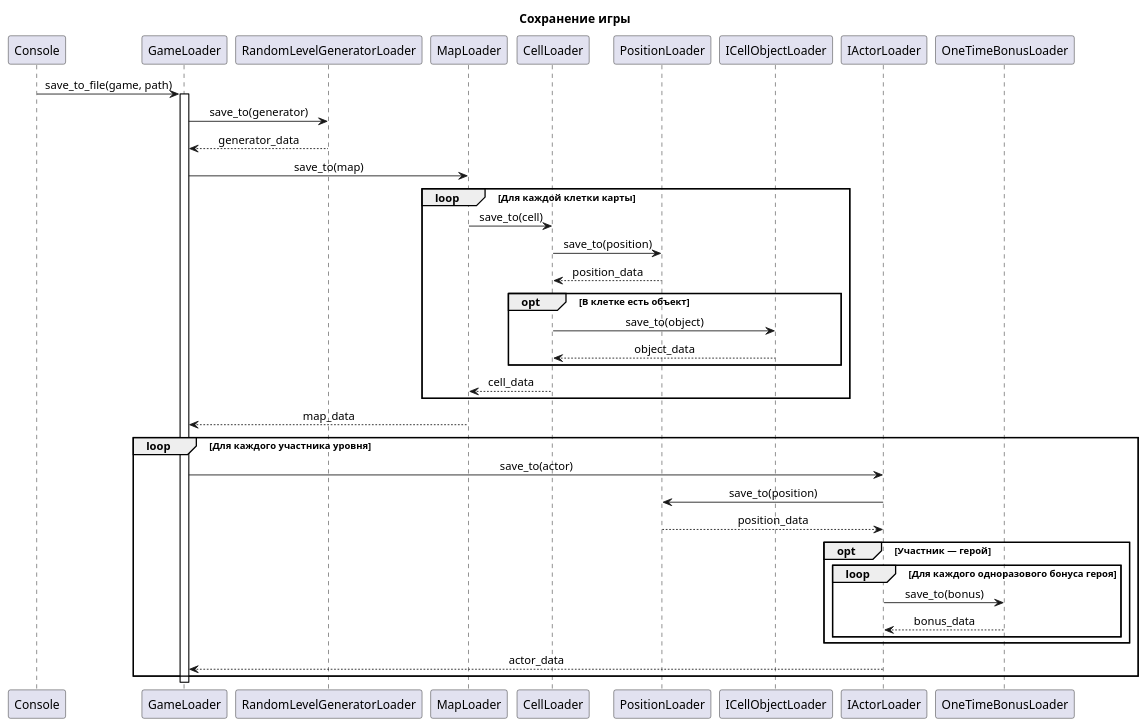
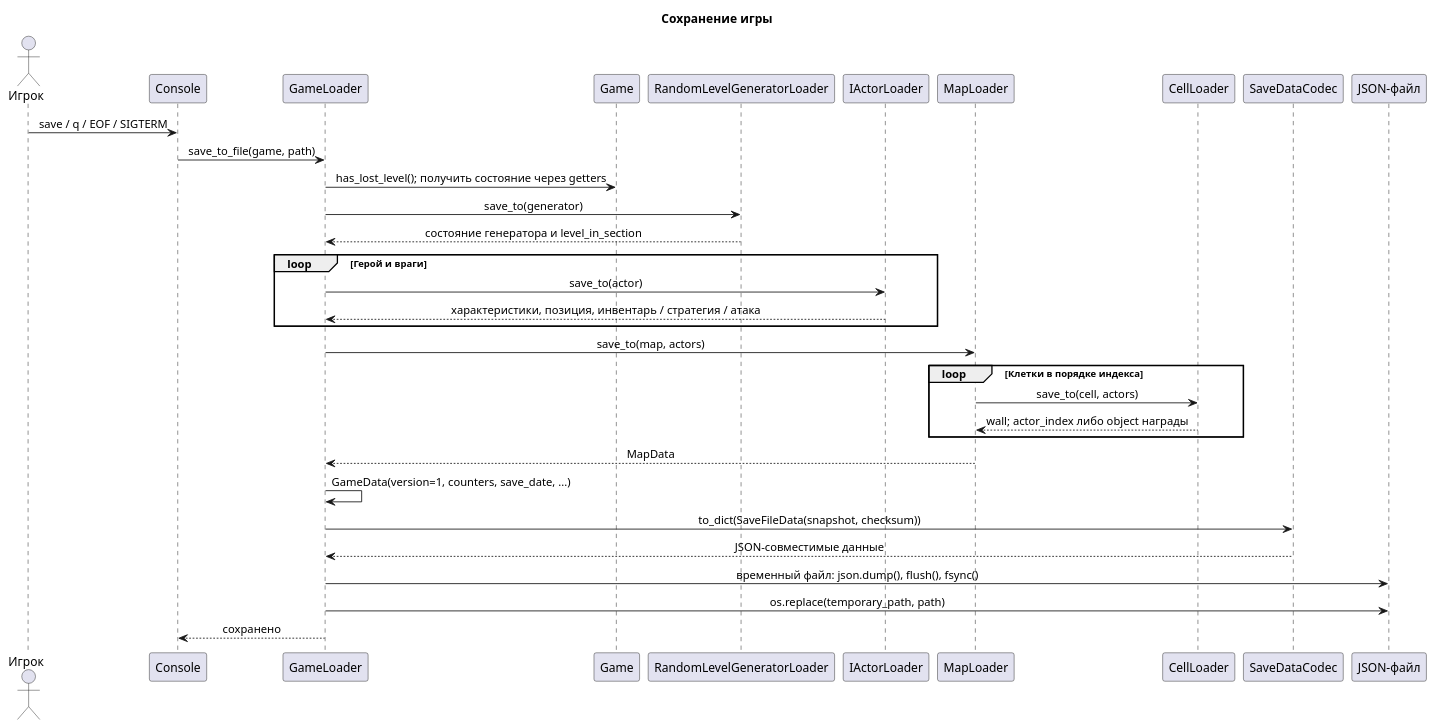
The diagram in docs/diagrams/sequence/sequence_saving.plantuml (ISArchitec/Roguelike), drawn with PlantUML before and after one commit. The commit also changed 18 other files, not shown here.

```diff
--- a/docs/diagrams/sequence/sequence_saving.plantuml
+++ b/docs/diagrams/sequence/sequence_saving.plantuml
@@ -1,48 +1,40 @@
 @startuml
 skinparam shadowing false
 skinparam sequenceParticipant roundCorner 0
 skinparam sequenceLifeLineBorderColor black
 skinparam sequenceLifeLineBackgroundColor white
 skinparam sequenceMessageAlign center
 title Сохранение игры
 
+actor Игрок as Player
 participant Console
 participant GameLoader
+participant Game
 participant RandomLevelGeneratorLoader as GeneratorLoader
+participant IActorLoader as ActorLoader
 participant MapLoader
 participant CellLoader
-participant PositionLoader
-participant ICellObjectLoader as ObjectLoader
-participant IActorLoader as ActorLoader
-participant OneTimeBonusLoader as BonusLoader
-
+participant SaveDataCodec as Codec
+participant "JSON-файл" as File
+Player -> Console: save / q / EOF / SIGTERM
 Console -> GameLoader: save_to_file(game, path)
-activate GameLoader
+GameLoader -> Game: has_lost_level(); получить состояние через getters
 GameLoader -> GeneratorLoader: save_to(generator)
-GeneratorLoader --> GameLoader: generator_data
-GameLoader -> MapLoader: save_to(map)
-loop Для каждой клетки карты
-    MapLoader -> CellLoader: save_to(cell)
-    CellLoader -> PositionLoader: save_to(position)
-    PositionLoader --> CellLoader: position_data
-    opt В клетке есть объект
-        CellLoader -> ObjectLoader: save_to(object)
-        ObjectLoader --> CellLoader: object_data
-    end
-    CellLoader --> MapLoader: cell_data
+GeneratorLoader --> GameLoader: состояние генератора и level_in_section
+loop Герой и враги
+    GameLoader -> ActorLoader: save_to(actor)
+    ActorLoader --> GameLoader: характеристики, позиция, инвентарь / стратегия / атака
 end
-MapLoader --> GameLoader: map_data
-loop Для каждого участника уровня
-    GameLoader -> ActorLoader: save_to(actor)
-    ActorLoader -> PositionLoader: save_to(position)
-    PositionLoader --> ActorLoader: position_data
-    opt Участник — герой
-        loop Для каждого одноразового бонуса героя
-            ActorLoader -> BonusLoader: save_to(bonus)
-            BonusLoader --> ActorLoader: bonus_data
-        end
-    end
-    ActorLoader --> GameLoader: actor_data
+GameLoader -> MapLoader: save_to(map, actors)
+loop Клетки в порядке индекса
+    MapLoader -> CellLoader: save_to(cell, actors)
+    CellLoader --> MapLoader: wall; actor_index либо object награды
 end
-deactivate GameLoader
+MapLoader --> GameLoader: MapData
+GameLoader -> GameLoader: GameData(version=1, counters, save_date, ...)
+GameLoader -> Codec: to_dict(SaveFileData(snapshot, checksum))
+Codec --> GameLoader: JSON-совместимые данные
+GameLoader -> File: временный файл: json.dump(), flush(), fsync()
+GameLoader -> File: os.replace(temporary_path, path)
+GameLoader --> Console: сохранено
 @enduml
```
